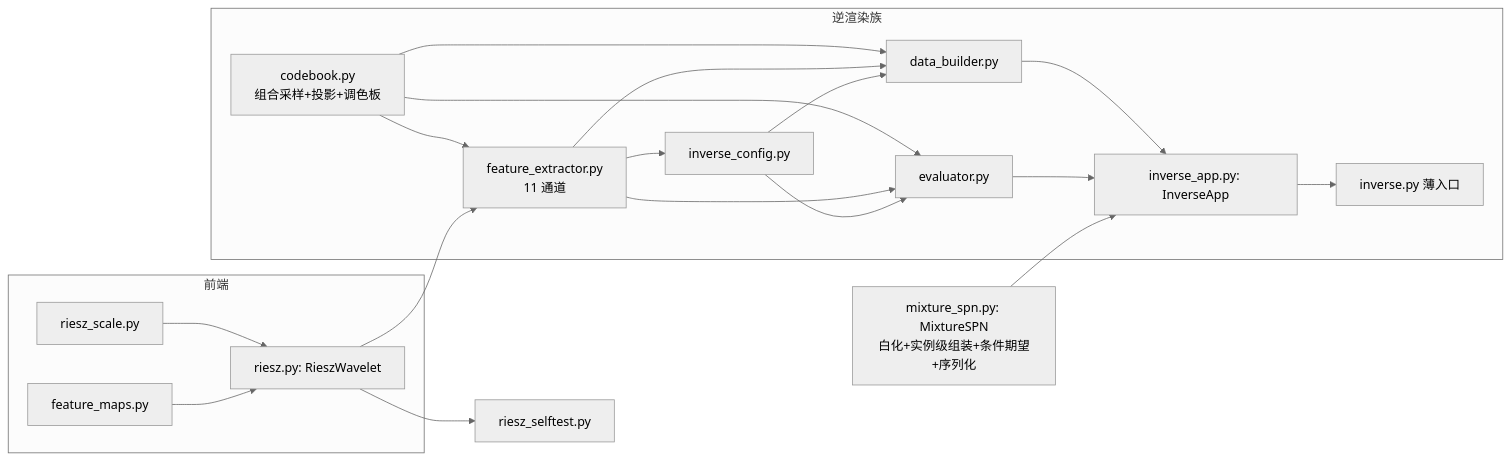
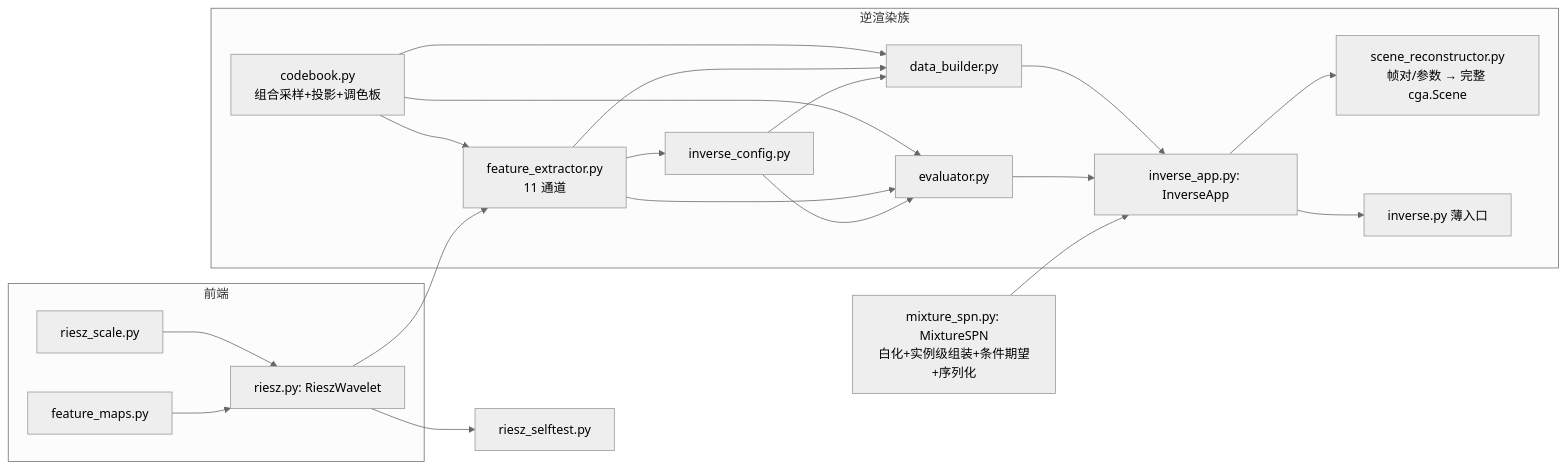
Before and after one commit to aki-xavier/conger: the fourth of 5 diagrams in docs/architecture.md, drawn with Mermaid (neutral theme). The commit also changed other lines of this file and 14 other files, not shown here.

````diff
--- a/docs/architecture.md
+++ b/docs/architecture.md
@@ -75,15 +96,16 @@
 ```mermaid
 flowchart LR
     subgraph CORE["逆渲染族"]
         CBK["codebook.py<br/>组合采样+投影+调色板"] --> FEX["feature_extractor.py<br/>11 通道"] --> DCFG["inverse_config.py"]
         CBK & FEX & DCFG --> DB["data_builder.py"] & EV["evaluator.py"]
         DB & EV --> APP["inverse_app.py: InverseApp"]
+        APP --> REC["scene_reconstructor.py<br/>帧对/参数 → 完整 cga.Scene"]
         APP --> ENTRY["inverse.py 薄入口"]
     end
     subgraph FRONT["前端"]
         RS["riesz_scale.py"] & FM["feature_maps.py"] --> RW["riesz.py: RieszWavelet"]
         RW --> FEX
     end
     MSP["mixture_spn.py: MixtureSPN<br/>白化+实例级组装+条件期望+序列化"] --> APP
     RW --> ST["riesz_selftest.py"]
 ```
````
